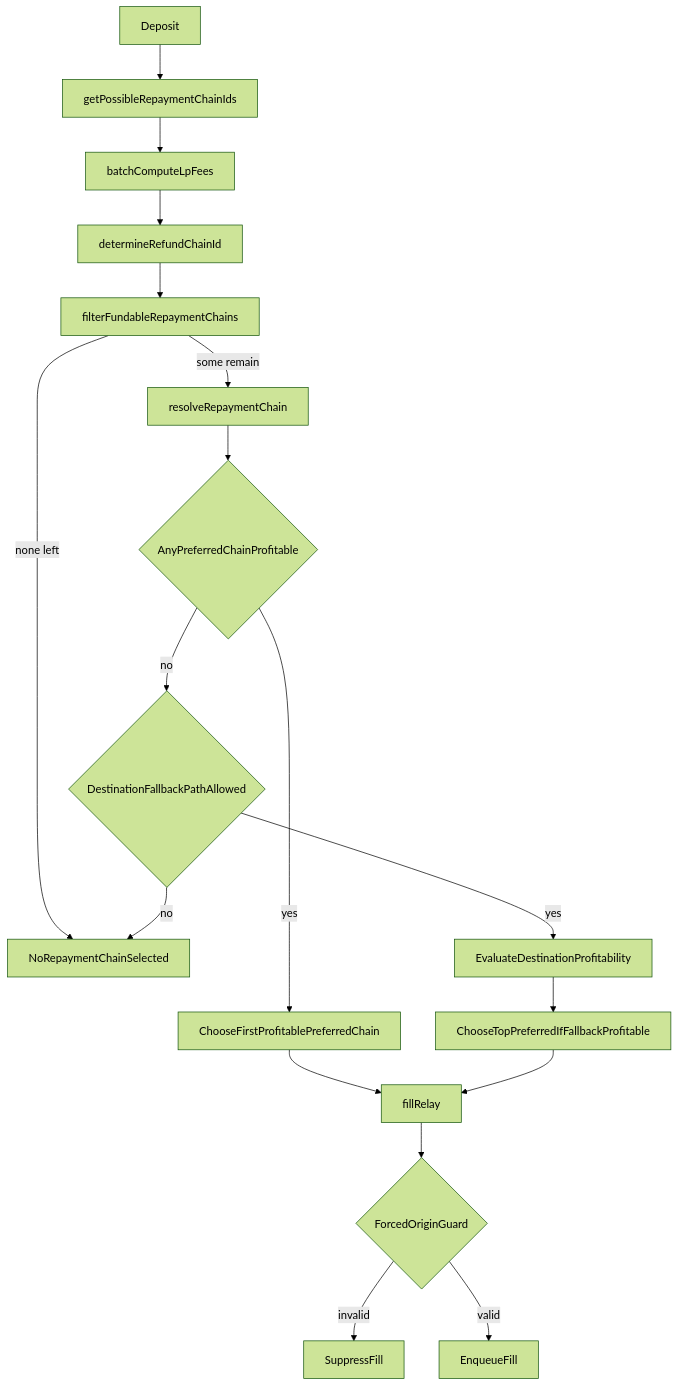
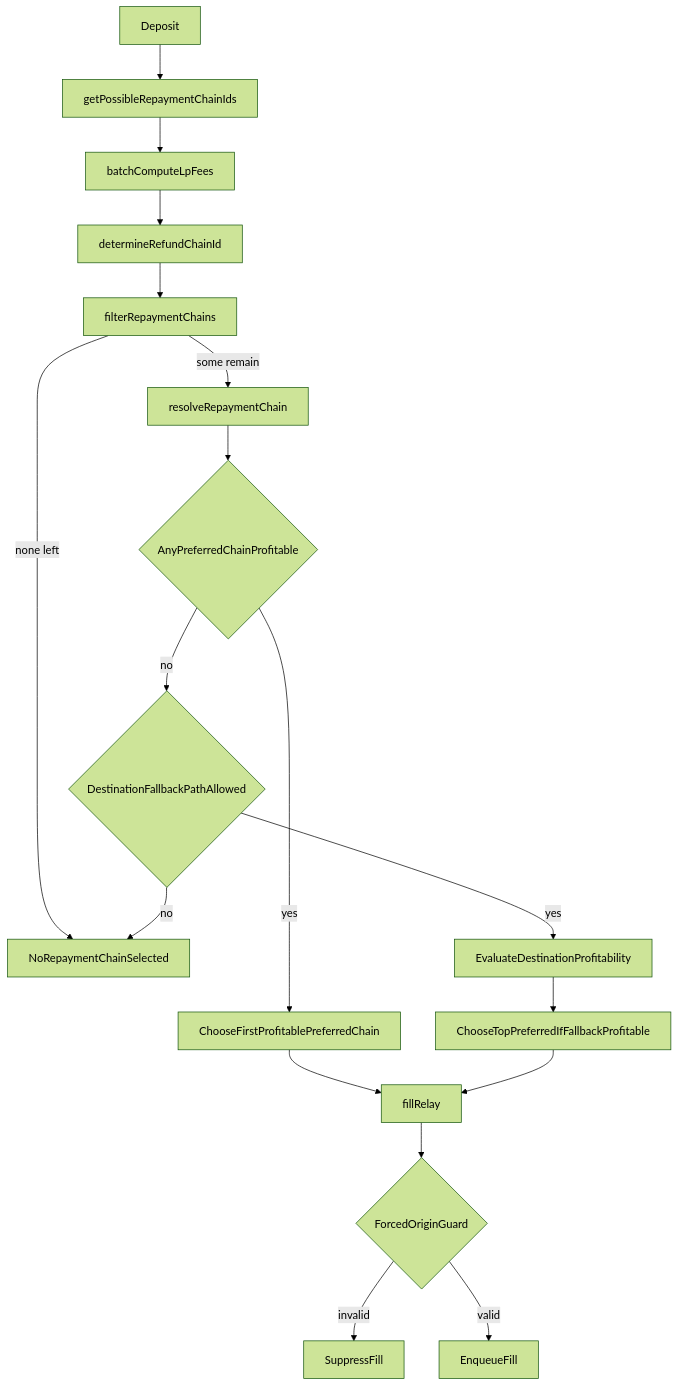
The diagram in docs/repayment-selection.md (across-protocol/relayer), drawn with Mermaid (forest theme) before and after one commit. The commit also changed other lines of this file and 1 other file, not shown here.

Commit message:
refactor(relayer): rename filterFundableRepaymentChains to filterRepaymentChains
Per review suggestion.

````diff
--- a/docs/repayment-selection.md
+++ b/docs/repayment-selection.md
@@ -34,20 +34,20 @@
 ```mermaid
 flowchart TD
     deposit[Deposit] --> possible[getPossibleRepaymentChainIds]
     possible --> precompute[batchComputeLpFees]
     precompute --> eligible[determineRefundChainId]
-    eligible --> fundable[filterFundableRepaymentChains]
+    eligible --> fundable[filterRepaymentChains]
     fundable -->|none left| none[NoRepaymentChainSelected]
     fundable -->|some remain| resolve[resolveRepaymentChain]
     resolve --> prof{AnyPreferredChainProfitable}
     prof -->|yes| firstProfitable[ChooseFirstProfitablePreferredChain]
     prof -->|no| fallback{DestinationFallbackPathAllowed}
     fallback -->|yes| fallbackProfit[EvaluateDestinationProfitability]
     fallback -->|no| none[NoRepaymentChainSelected]
     fallbackProfit --> chooseTop[ChooseTopPreferredIfFallbackProfitable]
     firstProfitable --> fill[fillRelay]
     chooseTop --> fill
     fill --> enforce{ForcedOriginGuard}
     enforce -->|invalid| suppress[SuppressFill]
     enforce -->|valid| enqueue[EnqueueFill]
 ```
````
